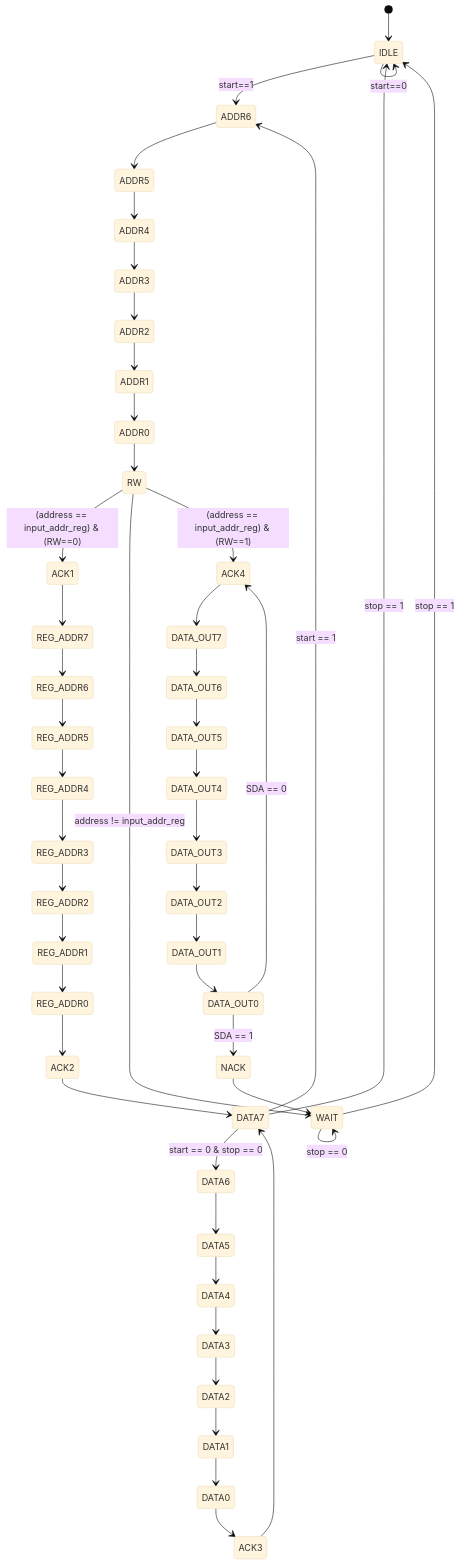
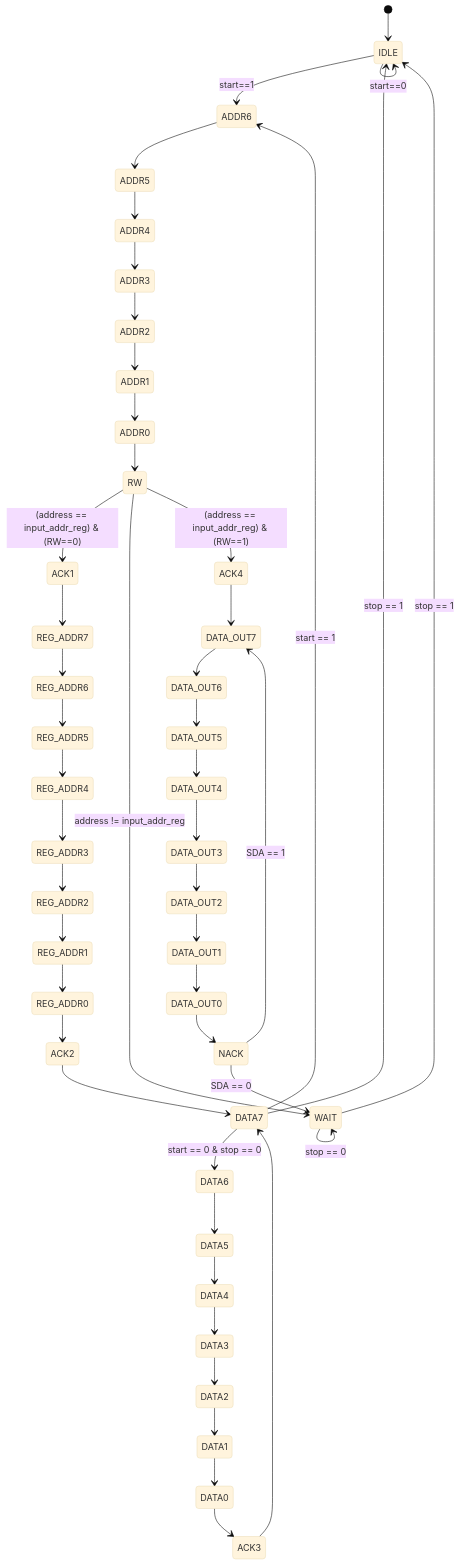
Before and after one commit to mingzheli012/FPGAs: the second of 3 diagrams in I2C_controller/i2c_slave_state.md, drawn with Mermaid (base theme). The commit also changed other lines of this file and 10 other files, not shown here.

````diff
--- a/I2C_controller/i2c_slave_state.md
+++ b/I2C_controller/i2c_slave_state.md
@@ -27,60 +27,59 @@
 ```mermaid
 stateDiagram-v2
 
     [*] --> IDLE
 
     IDLE --> ADDR6  : start==1
     IDLE --> IDLE   : start==0 
 
     ADDR6 --> ADDR5
     ADDR5 --> ADDR4
     ADDR4 --> ADDR3
     ADDR3 --> ADDR2
     ADDR2 --> ADDR1
     ADDR1 --> ADDR0
     ADDR0 --> RW
     RW --> ACK1     : (address == input_addr_reg) & (RW==0)
     RW --> WAIT     : address != input_addr_reg
 
     RW --> ACK4     : (address == input_addr_reg) & (RW==1)
 
     WAIT --> IDLE   : stop == 1
     WAIT --> WAIT   : stop == 0
 
     ACK1 --> REG_ADDR7
     REG_ADDR7 --> REG_ADDR6
     REG_ADDR6 --> REG_ADDR5
     REG_ADDR5 --> REG_ADDR4
     REG_ADDR4 --> REG_ADDR3
     REG_ADDR3 --> REG_ADDR2
     REG_ADDR2 --> REG_ADDR1
     REG_ADDR1 --> REG_ADDR0
     REG_ADDR0 --> ACK2
 
 
     ACK2 --> DATA7
     DATA7 --> DATA6  : start == 0 & stop == 0
     DATA6 --> DATA5
     DATA5 --> DATA4
     DATA4 --> DATA3
     DATA3 --> DATA2
     DATA2 --> DATA1
     DATA1 --> DATA0
     DATA0 --> ACK3
     ACK3 --> DATA7
     DATA7 --> IDLE    : stop == 1
 
     DATA7 --> ADDR6  : start == 1
     ACK4 --> DATA_OUT7
     DATA_OUT7 --> DATA_OUT6
     DATA_OUT6 --> DATA_OUT5
     DATA_OUT5 --> DATA_OUT4
     DATA_OUT4 --> DATA_OUT3
     DATA_OUT3 --> DATA_OUT2
     DATA_OUT2 --> DATA_OUT1
     DATA_OUT1 --> DATA_OUT0
-    DATA_OUT0 --> ACK4      : SDA == 0
-    DATA_OUT0 --> NACK      : SDA == 1
-
-    NACK --> WAIT
+    DATA_OUT0 --> NACK
+    NACK --> DATA_OUT7      : SDA == 1
+    NACK --> WAIT           : SDA == 0
 ```
````
